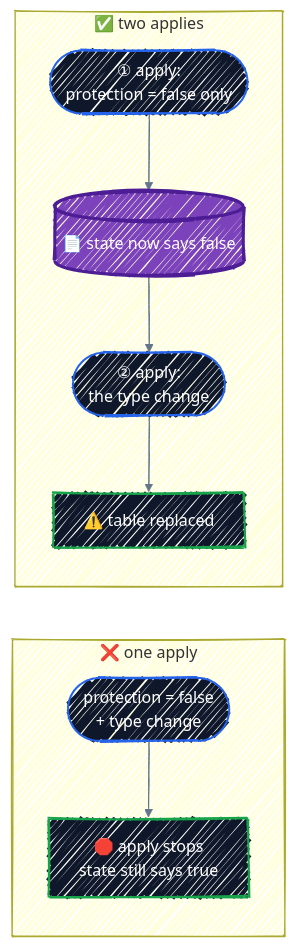
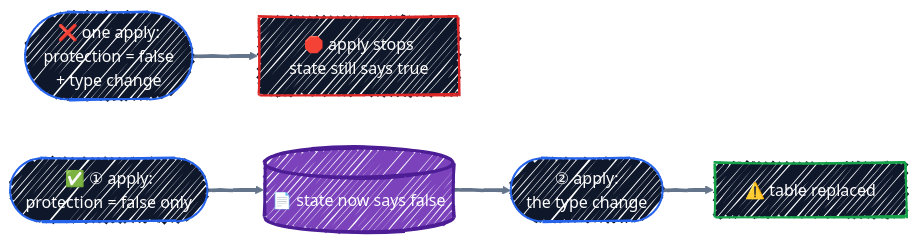
One commit to r97221004/terraform-tutorial changed the third of 4 diagrams in docs/gcp-services/bigquery.md. Above: the diagram before and after it, drawn with Mermaid. The commit also changed other lines of this file, not shown here.

First line of the commit message:
docs: make three BigQuery diagrams readable

````diff
--- a/docs/gcp-services/bigquery.md
+++ b/docs/gcp-services/bigquery.md
@@ -281,34 +279,32 @@
 ```mermaid
 ---
 config:
   look: handDrawn
   theme: default
   themeVariables:
     fontFamily: '"Comic Sans MS", "Comic Sans", "Segoe Print", "Bradley Hand", cursive'
     lineColor: '#64748B'
     edgeLabelBackground: '#475569'
   themeCSS: |
     .edgeLabel, .edgeLabel p, .edgeLabel span { color: #FFFFFF !important; }
 ---
 flowchart LR
-    subgraph one["❌ one apply"]
-        o1(["protection = false<br/>+ type change"])
-        o2["🛑 apply stops<br/>state still says true"]
-        o1 --> o2
-    end
+    o1(["❌ one apply:<br/>protection = false<br/>+ type change"])
+    o2["🛑 apply stops<br/>state still says true"]
+    t1(["✅ ① apply:<br/>protection = false only"])
+    t2[("📄 state now says false")]
+    t3(["② apply:<br/>the type change"])
+    t4["⚠️ table replaced"]
 
-    subgraph two["✅ two applies"]
-        t1(["① apply:<br/>protection = false only"])
-        t2[("📄 state now says false")]
-        t3(["② apply:<br/>the type change"])
-        t4["⚠️ table replaced"]
-        t1 --> t2 --> t3 --> t4
-    end
+    o1 ==> o2
+    t1 ==> t2 ==> t3 ==> t4
 
     classDef ctrl fill:#0F172A,stroke:#2563EB,stroke-width:2px,color:#FFFFFF
     classDef eng fill:#7B42BC,stroke:#4C1D95,stroke-width:3px,color:#FFFFFF
     classDef tgt fill:#0F172A,stroke:#16A34A,stroke-width:2px,color:#FFFFFF
+    classDef bad fill:#0F172A,stroke:#DC2626,stroke-width:2px,color:#FFFFFF
     class o1,t1,t3 ctrl
     class t2 eng
-    class o2,t4 tgt
+    class t4 tgt
+    class o2 bad
 ```
````
